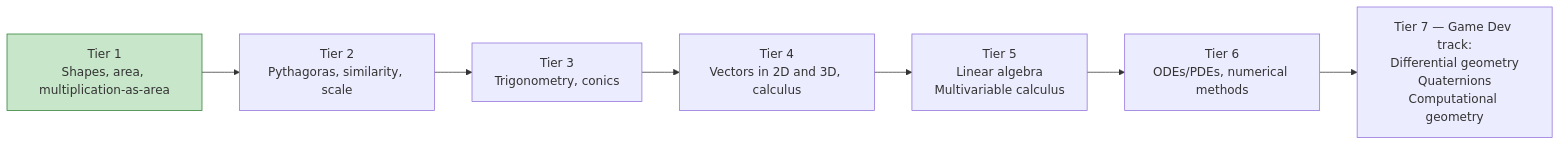
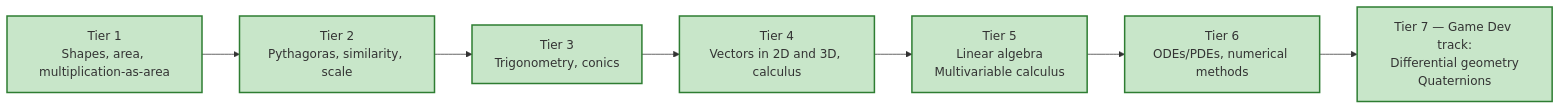
Before and after one commit to rajeshpillai/applied-maths: the diagram in applied-bridges/game-dev.qmd, drawn with Mermaid. The commit also changed other lines of this file and 5 other files, not shown here.

````diff
--- a/applied-bridges/game-dev.qmd
+++ b/applied-bridges/game-dev.qmd
@@ -21,12 +21,12 @@
 ```{mermaid}
 flowchart LR
     A[Tier 1<br/>Shapes, area, multiplication-as-area] --> B[Tier 2<br/>Pythagoras, similarity, scale]
     B --> C[Tier 3<br/>Trigonometry, conics]
     C --> D[Tier 4<br/>Vectors in 2D and 3D, calculus]
     D --> E[Tier 5<br/>Linear algebra<br/>Multivariable calculus]
     E --> F[Tier 6<br/>ODEs/PDEs, numerical methods]
-    F --> G[Tier 7 — Game Dev track:<br/>Differential geometry<br/>Quaternions<br/>Computational geometry]
+    F --> G[Tier 7 — Game Dev track:<br/>Differential geometry<br/>Quaternions]
 
-    classDef built fill:#c8e6c9,stroke:#2e7d32
-    class A built
+    classDef built fill:#c8e6c9,stroke:#2e7d32,stroke-width:2px
+    class A,B,C,D,E,F,G built
 ```
````
